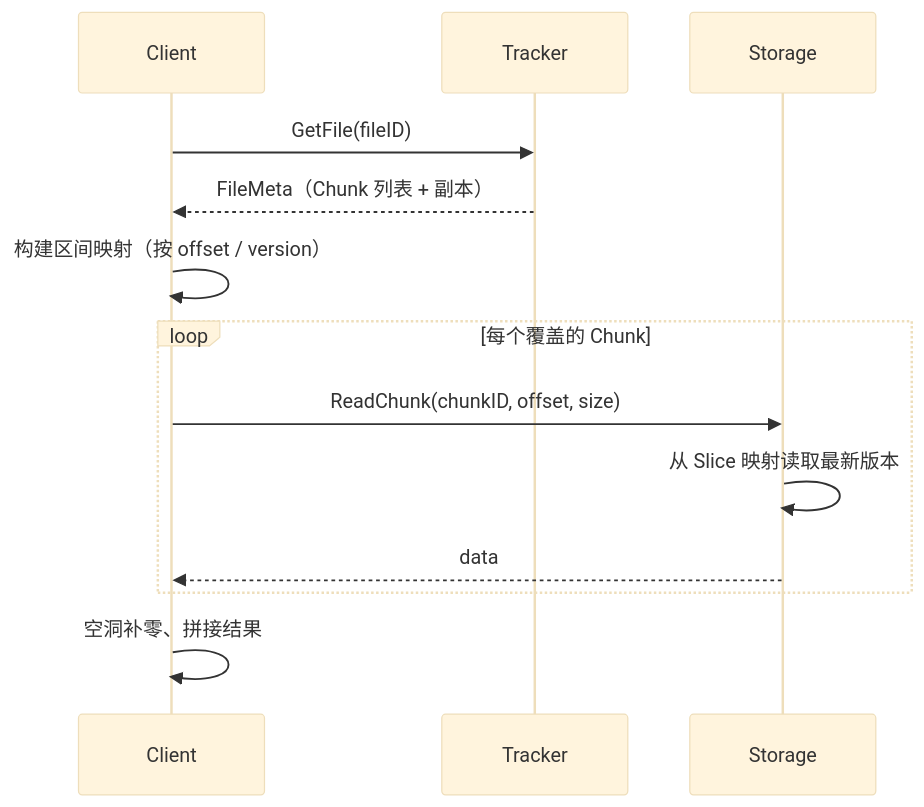
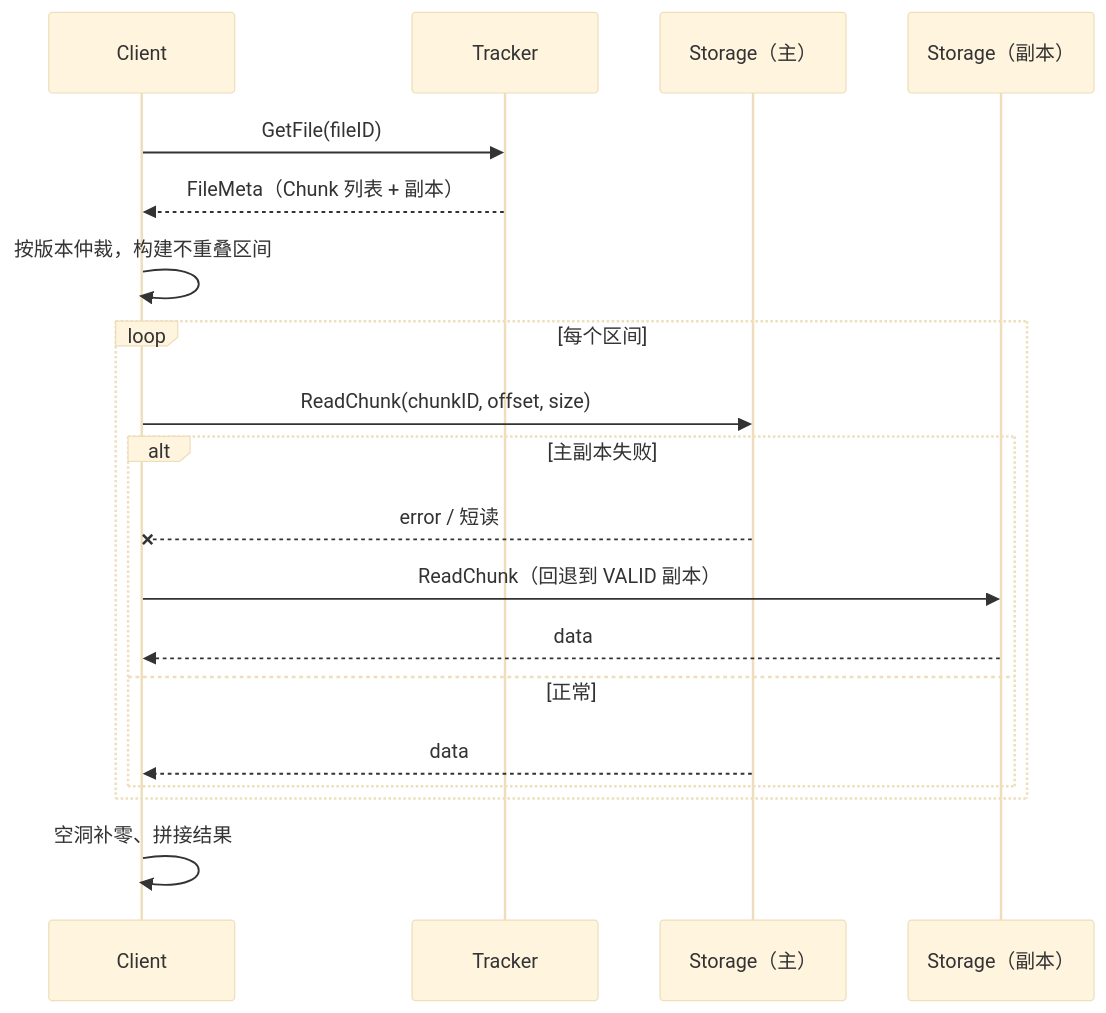
The second of 3 diagrams in docs/architecture.md (JustACP/criceta), drawn with Mermaid (base theme) before and after one commit. The commit also changed other lines of this file and 6 other files, not shown here.

````diff
--- a/docs/architecture.md
+++ b/docs/architecture.md
@@ -98,16 +98,22 @@
 ```mermaid
 sequenceDiagram
     participant C as Client
     participant T as Tracker
-    participant S as Storage
+    participant S1 as Storage（主）
+    participant S2 as Storage（副本）
 
     C->>T: GetFile(fileID)
     T-->>C: FileMeta（Chunk 列表 + 副本）
-    C->>C: 构建区间映射（按 offset / version）
-    loop 每个覆盖的 Chunk
-        C->>S: ReadChunk(chunkID, offset, size)
-        S->>S: 从 Slice 映射读取最新版本
-        S-->>C: data
+    C->>C: 按版本仲裁，构建不重叠区间
+    loop 每个区间
+        C->>S1: ReadChunk(chunkID, offset, size)
+        alt 主副本失败
+            S1--x C: error / 短读
+            C->>S2: ReadChunk（回退到 VALID 副本）
+            S2-->>C: data
+        else 正常
+            S1-->>C: data
+        end
     end
     C->>C: 空洞补零、拼接结果
 ```
````
